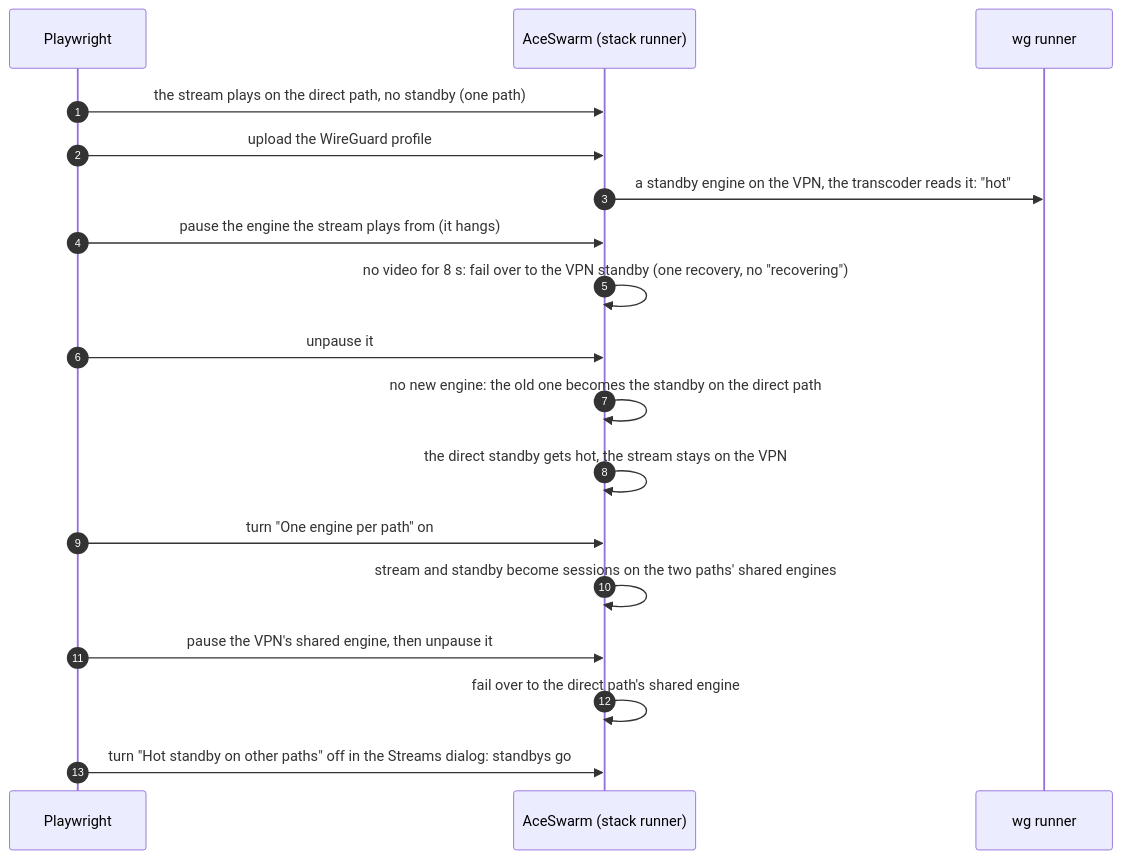
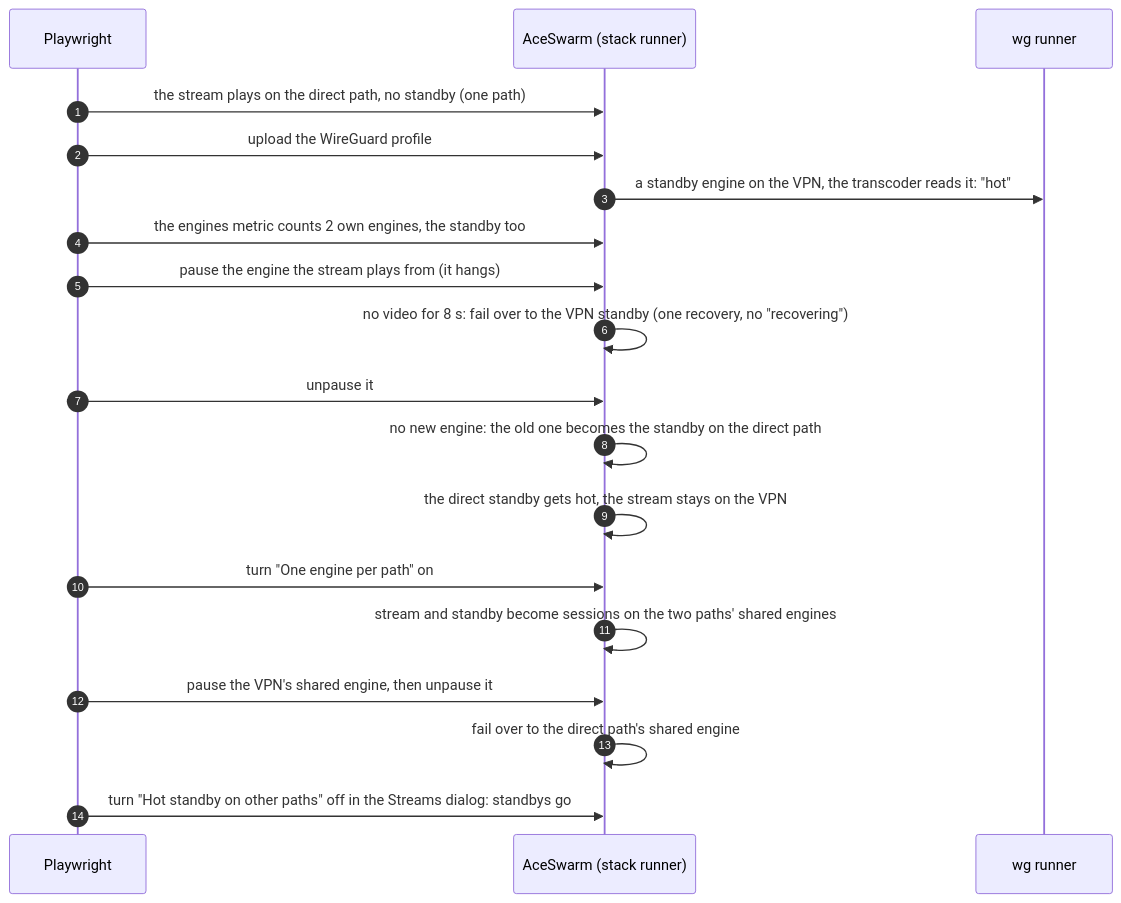
Diagram 11 of 12 in e2e/README.md (sergimn/AceSwarm), drawn with Mermaid before and after one commit. The commit also changed other lines of this file and 10 other files, not shown here.

````diff
--- a/e2e/README.md
+++ b/e2e/README.md
@@ -298,20 +299,21 @@
 ```mermaid
 sequenceDiagram
   autonumber
   participant T as Playwright
   participant AS as AceSwarm (stack runner)
   participant WG as wg runner
   T->>AS: the stream plays on the direct path, no standby (one path)
   T->>AS: upload the WireGuard profile
   AS->>WG: a standby engine on the VPN, the transcoder reads it: "hot"
+  T->>AS: the engines metric counts 2 own engines, the standby too
   T->>AS: pause the engine the stream plays from (it hangs)
   AS->>AS: no video for 8 s: fail over to the VPN standby (one recovery, no "recovering")
   T->>AS: unpause it
   AS->>AS: no new engine: the old one becomes the standby on the direct path
   AS->>AS: the direct standby gets hot, the stream stays on the VPN
   T->>AS: turn "One engine per path" on
   AS->>AS: stream and standby become sessions on the two paths' shared engines
   T->>AS: pause the VPN's shared engine, then unpause it
   AS->>AS: fail over to the direct path's shared engine
   T->>AS: turn "Hot standby on other paths" off in the Streams dialog: standbys go
 ```
````
